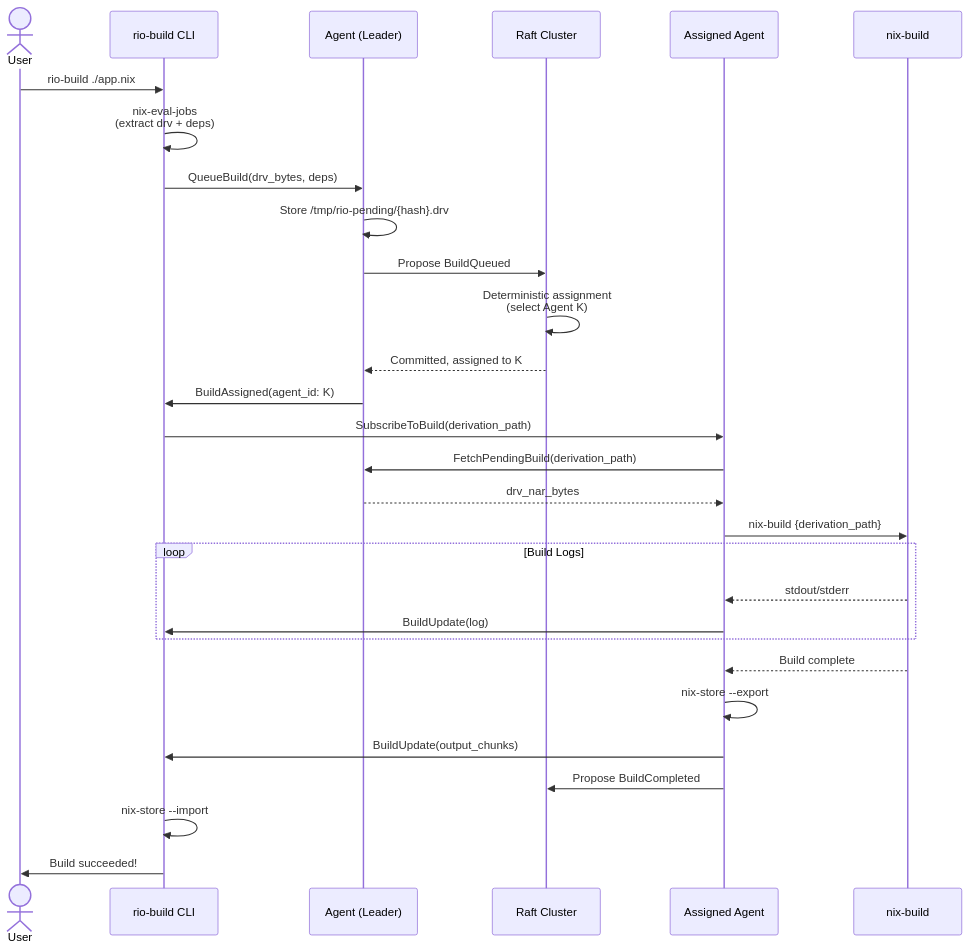
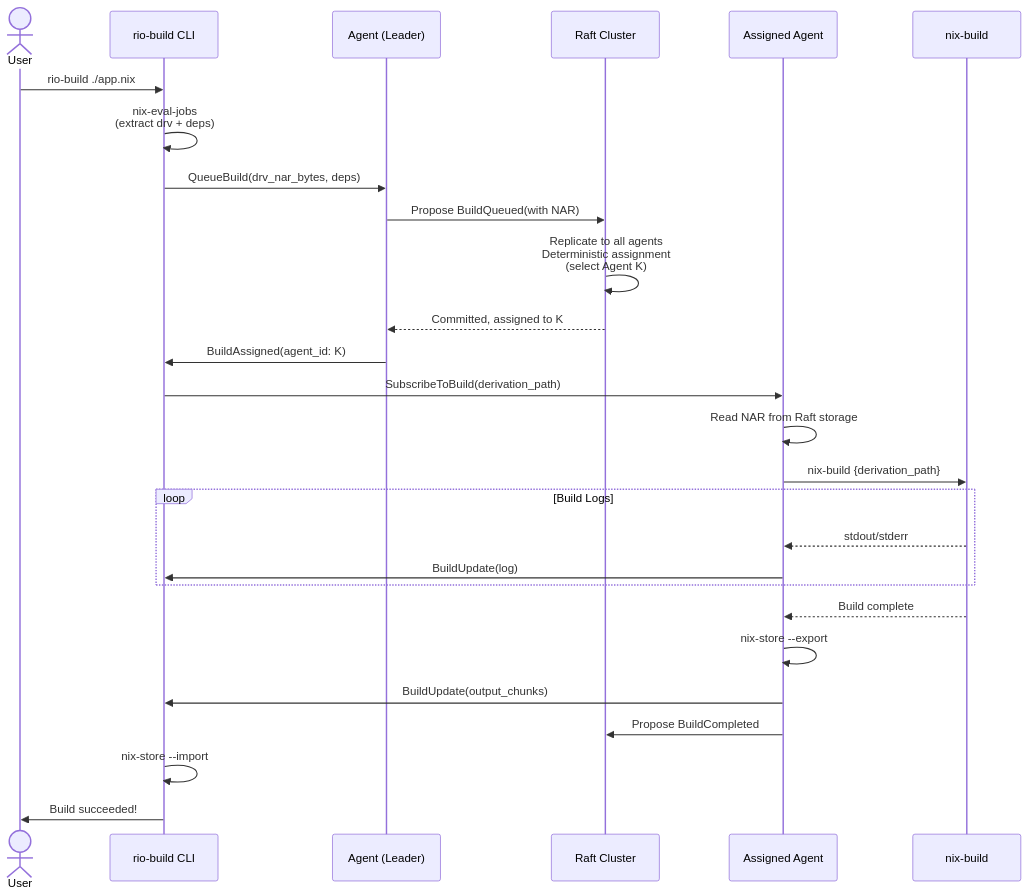
The second of 5 diagrams in DESIGN.md (Mic92/rio-build), drawn with Mermaid before and after one commit. The commit also changed other lines of this file, not shown here.

First line of the commit message:
docs(design): revise architecture to store derivations in Raft

````diff
--- a/DESIGN.md
+++ b/DESIGN.md
@@ -220,38 +262,36 @@
 ```mermaid
 sequenceDiagram
     actor User
     participant CLI as rio-build CLI
     participant Leader as Agent (Leader)
     participant Raft as Raft Cluster
     participant Agent as Assigned Agent
     participant Nix as nix-build
 
     User->>CLI: rio-build ./app.nix
     CLI->>CLI: nix-eval-jobs<br/>(extract drv + deps)
 
-    CLI->>Leader: QueueBuild(drv_bytes, deps)
-    Leader->>Leader: Store /tmp/rio-pending/{hash}.drv
-    Leader->>Raft: Propose BuildQueued
-    Raft->>Raft: Deterministic assignment<br/>(select Agent K)
+    CLI->>Leader: QueueBuild(drv_nar_bytes, deps)
+    Leader->>Raft: Propose BuildQueued(with NAR)
+    Raft->>Raft: Replicate to all agents<br/>Deterministic assignment<br/>(select Agent K)
     Raft-->>Leader: Committed, assigned to K
     Leader->>CLI: BuildAssigned(agent_id: K)
 
     CLI->>Agent: SubscribeToBuild(derivation_path)
 
-    Agent->>Leader: FetchPendingBuild(derivation_path)
-    Leader-->>Agent: drv_nar_bytes
+    Agent->>Agent: Read NAR from Raft storage
 
     Agent->>Nix: nix-build {derivation_path}
     loop Build Logs
         Nix-->>Agent: stdout/stderr
         Agent->>CLI: BuildUpdate(log)
     end
 
     Nix-->>Agent: Build complete
     Agent->>Agent: nix-store --export
     Agent->>CLI: BuildUpdate(output_chunks)
     Agent->>Raft: Propose BuildCompleted
 
     CLI->>CLI: nix-store --import
     CLI->>User: Build succeeded!
 ```
````
